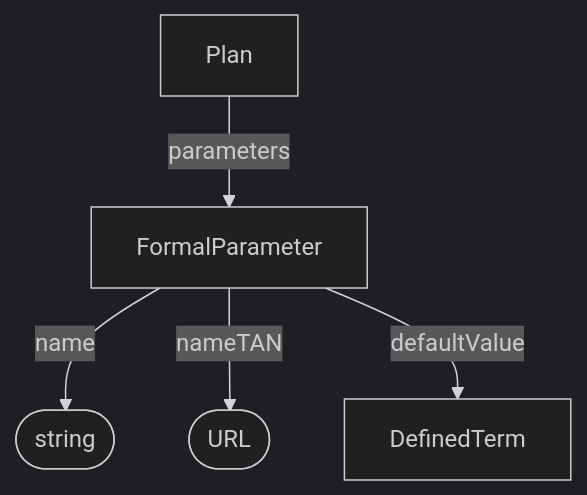
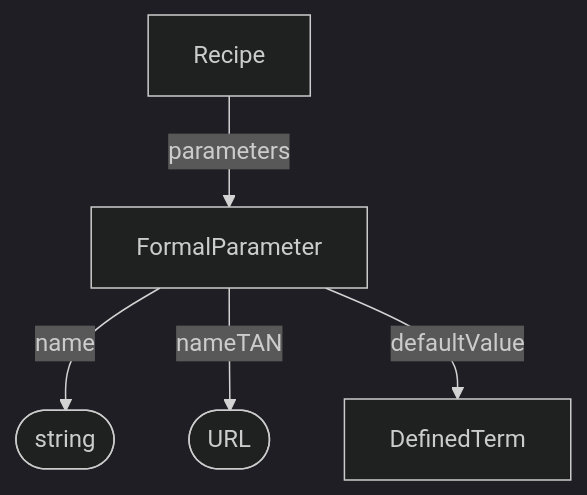
Before and after one commit to HLWeil/ProcessCore: the diagram in docs/spec/core/FormalParameter.md, drawn with Mermaid (dark theme). The commit also changed 71 other files, not shown here.

Commit message:
rename plan to recipe

````diff
--- a/docs/spec/core/FormalParameter.md
+++ b/docs/spec/core/FormalParameter.md
@@ -26,11 +26,11 @@
 ```mermaid
 flowchart TD
 
     na@{ shape: stadium, label: "string" }
     nt@{ shape: stadium, label: "URL" }
 
-    Plan --parameters--> FormalParameter
+    Recipe --parameters--> FormalParameter
     FormalParameter --name--> na
     FormalParameter --nameTAN--> nt
     FormalParameter --defaultValue--> DefinedTerm
 ```
````
